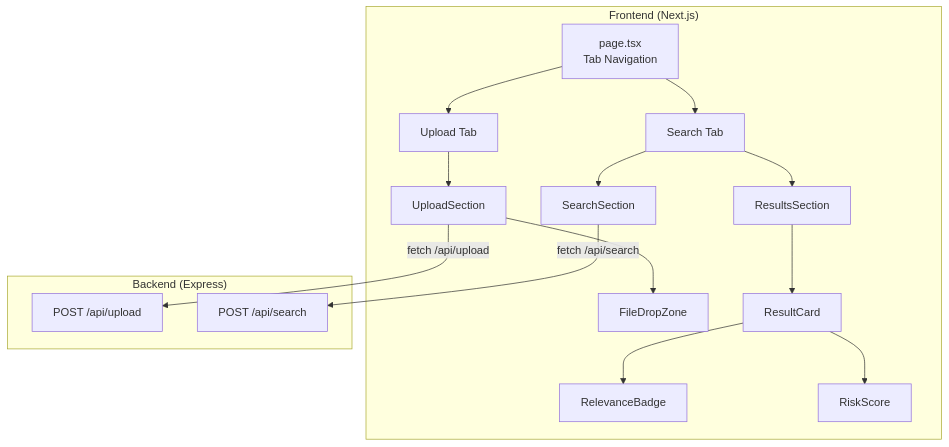
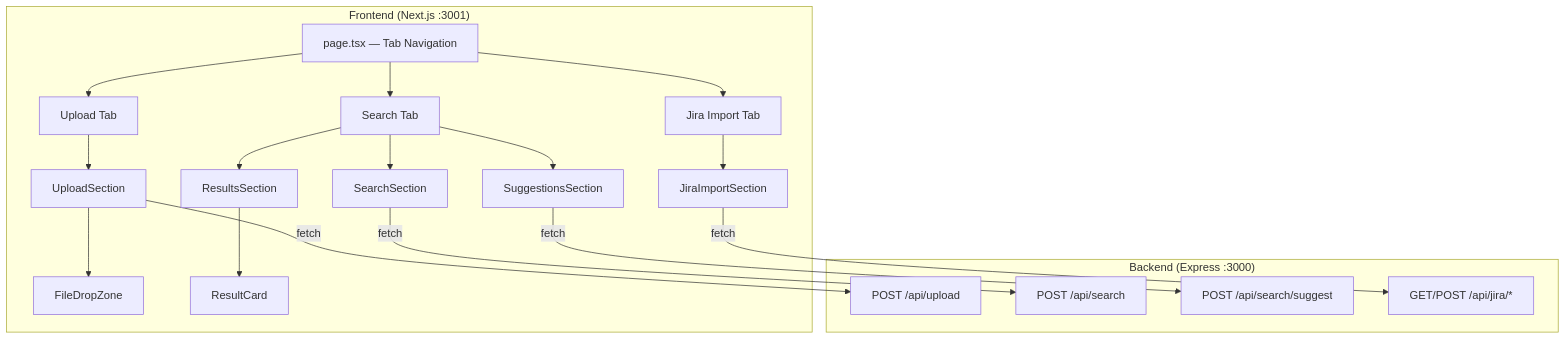
Before and after one commit to Zipstorm/test-lens: the second of 4 diagrams in README.md, drawn with Mermaid. The commit also changed other lines of this file and 1 other file, not shown here.

````diff
--- a/README.md
+++ b/README.md
@@ -73,23 +78,28 @@
 ```mermaid
 flowchart TB
-    subgraph Frontend["Frontend (Next.js)"]
-        Page["page.tsx<br>Tab Navigation"]
+    subgraph Frontend["Frontend (Next.js :3001)"]
+        Page["page.tsx — Tab Navigation"]
         Page --> UploadTab["Upload Tab"]
+        Page --> JiraTab["Jira Import Tab"]
         Page --> SearchTab["Search Tab"]
         UploadTab --> USection["UploadSection"]
         USection --> FDZ["FileDropZone"]
+        JiraTab --> JSection["JiraImportSection"]
         SearchTab --> SSection["SearchSection"]
         SearchTab --> RSection["ResultsSection"]
+        SearchTab --> SGSection["SuggestionsSection"]
         RSection --> RC["ResultCard"]
-        RC --> RB["RelevanceBadge"]
-        RC --> RS["RiskScore"]
     end
 
-    subgraph Backend["Backend (Express)"]
+    subgraph Backend["Backend (Express :3000)"]
         Upload["POST /api/upload"]
         Search["POST /api/search"]
+        Suggest["POST /api/search/suggest"]
+        JiraRoutes["GET/POST /api/jira/*"]
     end
 
-    USection -->|"fetch /api/upload"| Upload
-    SSection -->|"fetch /api/search"| Search
+    USection -->|"fetch"| Upload
+    SSection -->|"fetch"| Search
+    SGSection -->|"fetch"| Suggest
+    JSection -->|"fetch"| JiraRoutes
 ```
````
